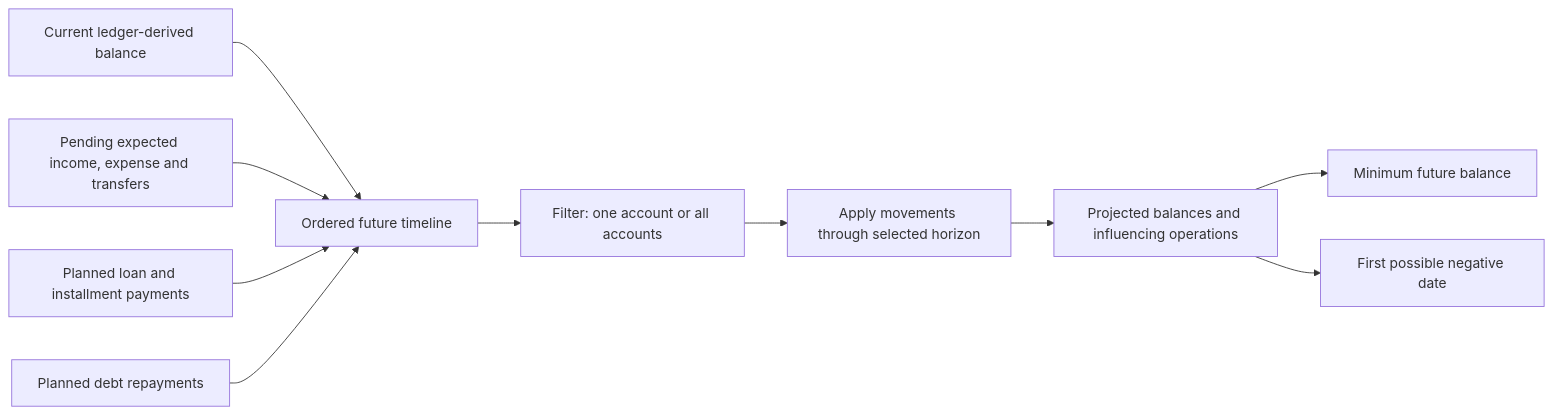
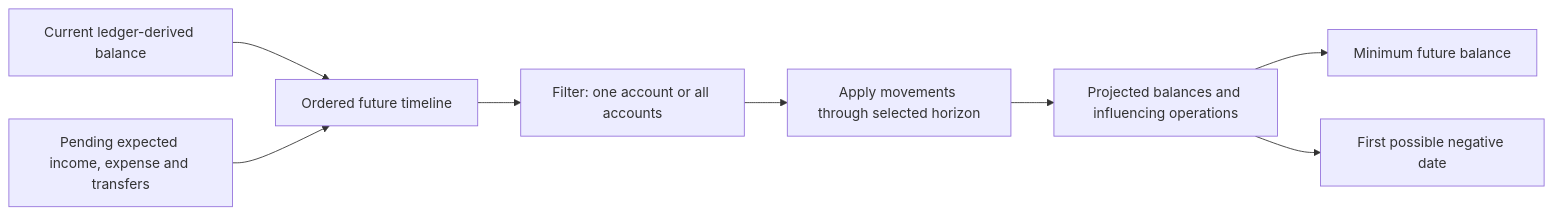
Before and after one commit to Gollardo/hermes: the seventh of 7 diagrams in docs/architecture/data-flow.md, drawn with Mermaid. The commit also changed other lines of this file and 34 other files, not shown here.

````diff
--- a/docs/architecture/data-flow.md
+++ b/docs/architecture/data-flow.md
@@ -140,12 +140,10 @@
 ```mermaid
 flowchart LR
     Ledger["Current ledger-derived balance"] --> Timeline["Ordered future timeline"]
     Expected["Pending expected income, expense and transfers"] --> Timeline
-    Loans["Planned loan and installment payments"] --> Timeline
-    Debts["Planned debt repayments"] --> Timeline
     Timeline --> Scope["Filter: one account or all accounts"]
     Scope --> Projection["Apply movements through selected horizon"]
     Projection --> Series["Projected balances and influencing operations"]
     Series --> Minimum["Minimum future balance"]
     Series --> Negative["First possible negative date"]
 ```
````
